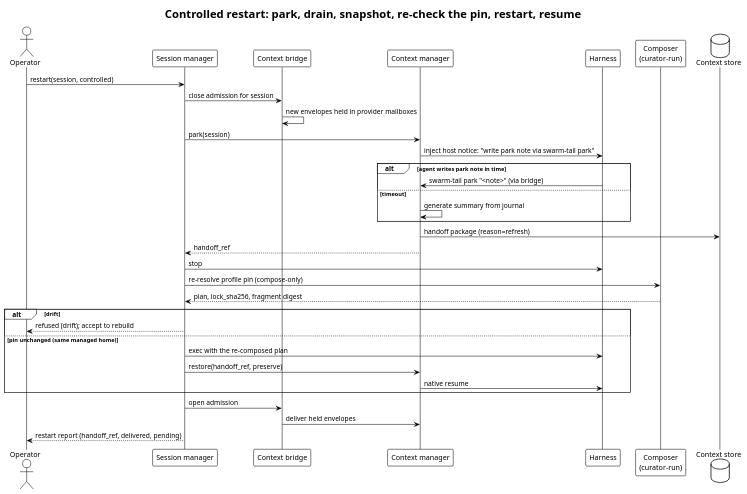
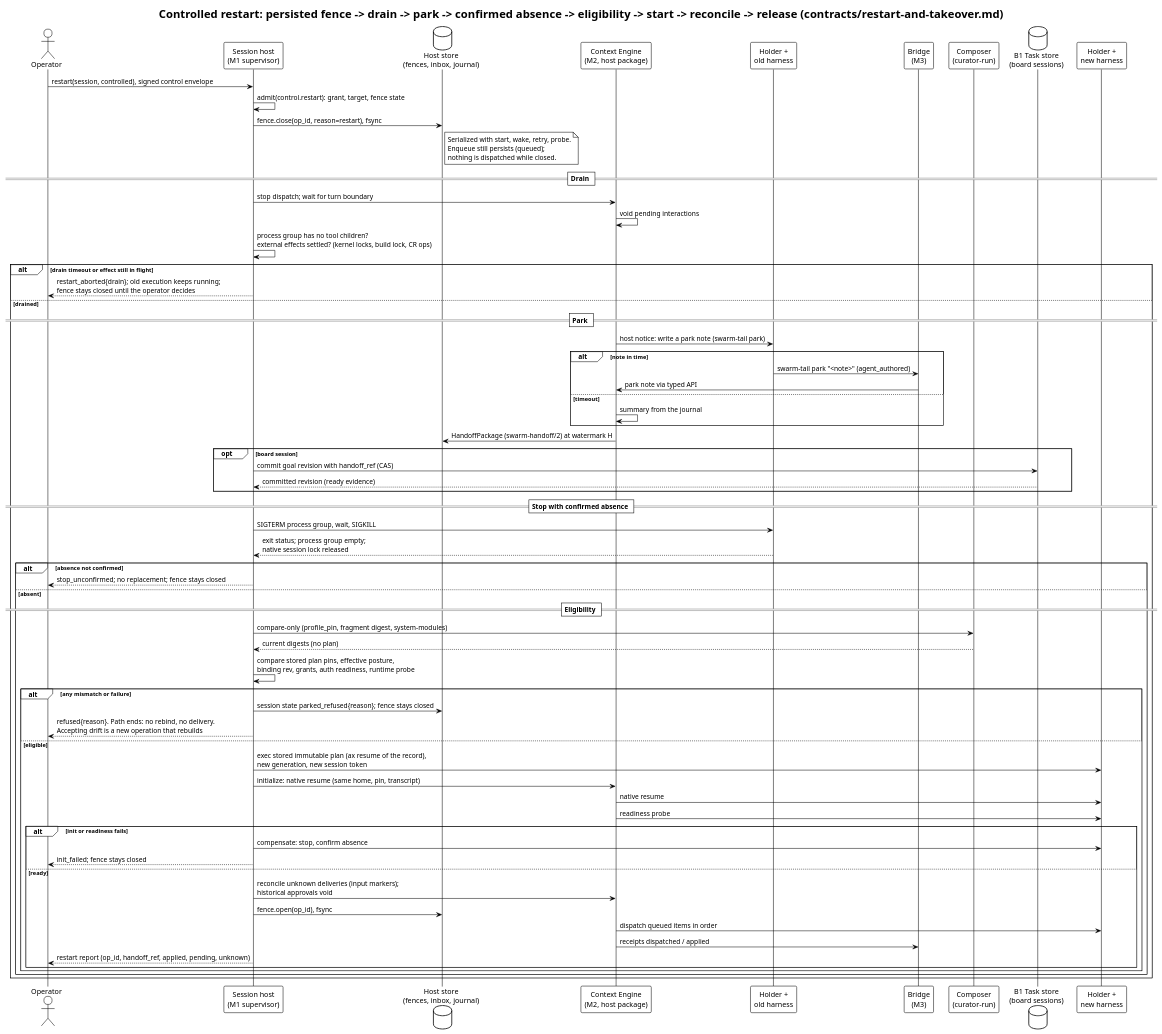
The diagram in diagrams/plantuml/sequence/controlled-restart.puml (relux-works/swarm-platform-architecture), drawn with PlantUML before and after one commit. The commit also changed 44 other files, not shown here.

```diff
--- a/diagrams/plantuml/sequence/controlled-restart.puml
+++ b/diagrams/plantuml/sequence/controlled-restart.puml
@@ -1,38 +1,76 @@
 @startuml controlled-restart
 !theme plain
-title Controlled restart: park, drain, snapshot, re-check the pin, restart, resume
+title Controlled restart: persisted fence -> drain -> park -> confirmed absence -> eligibility -> start -> reconcile -> release (contracts/restart-and-takeover.md)
 
 actor "Operator" as Op
-participant "Session manager" as SM
-participant "Context bridge" as BR
-participant "Context manager" as CM
-participant "Harness" as H
+participant "Session host\n(M1 supervisor)" as SH
+database "Host store\n(fences, inbox, journal)" as HS
+participant "Context Engine\n(M2, host package)" as CE
+participant "Holder +\nold harness" as H1
+participant "Bridge\n(M3)" as BR
 participant "Composer\n(curator-run)" as C
-database "Context store" as JS
+database "B1 Task store\n(board sessions)" as B1
+participant "Holder +\nnew harness" as H2
 
-Op -> SM: restart(session, controlled)
-SM -> BR: close admission for session
-BR -> BR: new envelopes held in provider mailboxes
-SM -> CM: park(session)
-CM -> H: inject host notice: "write park note via swarm-tail park"
-alt agent writes park note in time
-  H -> CM: swarm-tail park "<note>" (via bridge)
-else timeout
-  CM -> CM: generate summary from journal
+Op -> SH: restart(session, controlled), signed control envelope
+SH -> SH: admit(control.restart): grant, target, fence state
+SH -> HS: fence.close(op_id, reason=restart), fsync
+note right of HS
+  Serialized with start, wake, retry, probe.
+  Enqueue still persists (queued);
+  nothing is dispatched while closed.
+end note
+
+== Drain ==
+SH -> CE: stop dispatch; wait for turn boundary
+CE -> CE: void pending interactions
+SH -> SH: process group has no tool children?\nexternal effects settled? (kernel locks, build lock, CR ops)
+alt drain timeout or effect still in flight
+  SH --> Op: restart_aborted{drain}; old execution keeps running;\nfence stays closed until the operator decides
+else drained
+  == Park ==
+  CE -> H1: host notice: write a park note (swarm-tail park)
+  alt note in time
+    H1 -> BR: swarm-tail park "<note>" (agent_authored)
+    BR -> CE: park note via typed API
+  else timeout
+    CE -> CE: summary from the journal
+  end
+  CE -> HS: HandoffPackage (swarm-handoff/2) at watermark H
+  opt board session
+    SH -> B1: commit goal revision with handoff_ref (CAS)
+    B1 --> SH: committed revision (ready evidence)
+  end
+
+  == Stop with confirmed absence ==
+  SH -> H1: SIGTERM process group, wait, SIGKILL
+  H1 --> SH: exit status; process group empty;\nnative session lock released
+  alt absence not confirmed
+    SH --> Op: stop_unconfirmed; no replacement; fence stays closed
+  else absent
+    == Eligibility ==
+    SH -> C: compare-only (profile_pin, fragment digest, system-modules)
+    C --> SH: current digests (no plan)
+    SH -> SH: compare stored plan pins, effective posture,\nbinding rev, grants, auth readiness, runtime probe
+    alt any mismatch or failure
+      SH -> HS: session state parked_refused{reason}; fence stays closed
+      SH --> Op: refused{reason}. Path ends: no rebind, no delivery.\nAccepting drift is a new operation that rebuilds
+    else eligible
+      SH -> H2: exec stored immutable plan (ax resume of the record),\nnew generation, new session token
+      SH -> CE: initialize: native resume (same home, pin, transcript)
+      CE -> H2: native resume
+      CE -> H2: readiness probe
+      alt init or readiness fails
+        SH -> H2: compensate: stop, confirm absence
+        SH --> Op: init_failed; fence stays closed
+      else ready
+        SH -> CE: reconcile unknown deliveries (input markers);\nhistorical approvals void
+        SH -> HS: fence.open(op_id), fsync
+        CE -> H2: dispatch queued items in order
+        CE -> BR: receipts dispatched / applied
+        SH --> Op: restart report (op_id, handoff_ref, applied, pending, unknown)
+      end
+    end
+  end
 end
-CM -> JS: handoff package (reason=refresh)
-CM --> SM: handoff_ref
-SM -> H: stop
-SM -> C: re-resolve profile pin (compose-only)
-C --> SM: plan, lock_sha256, fragment digest
-alt drift
-  SM --> Op: refused (drift); accept to rebuild
-else pin unchanged (same managed home)
-  SM -> H: exec with the re-composed plan
-  SM -> CM: restore(handoff_ref, preserve)
-  CM -> H: native resume
-end
-SM -> BR: open admission
-BR -> CM: deliver held envelopes
-SM --> Op: restart report (handoff_ref, delivered, pending)
 @enduml
```
